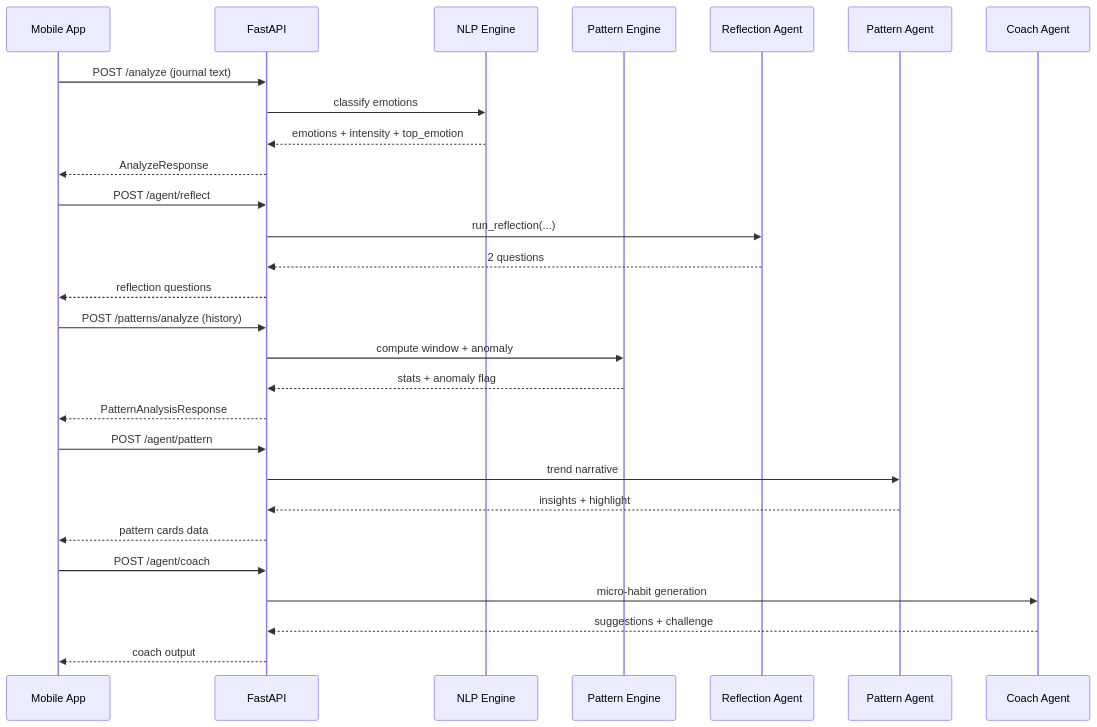
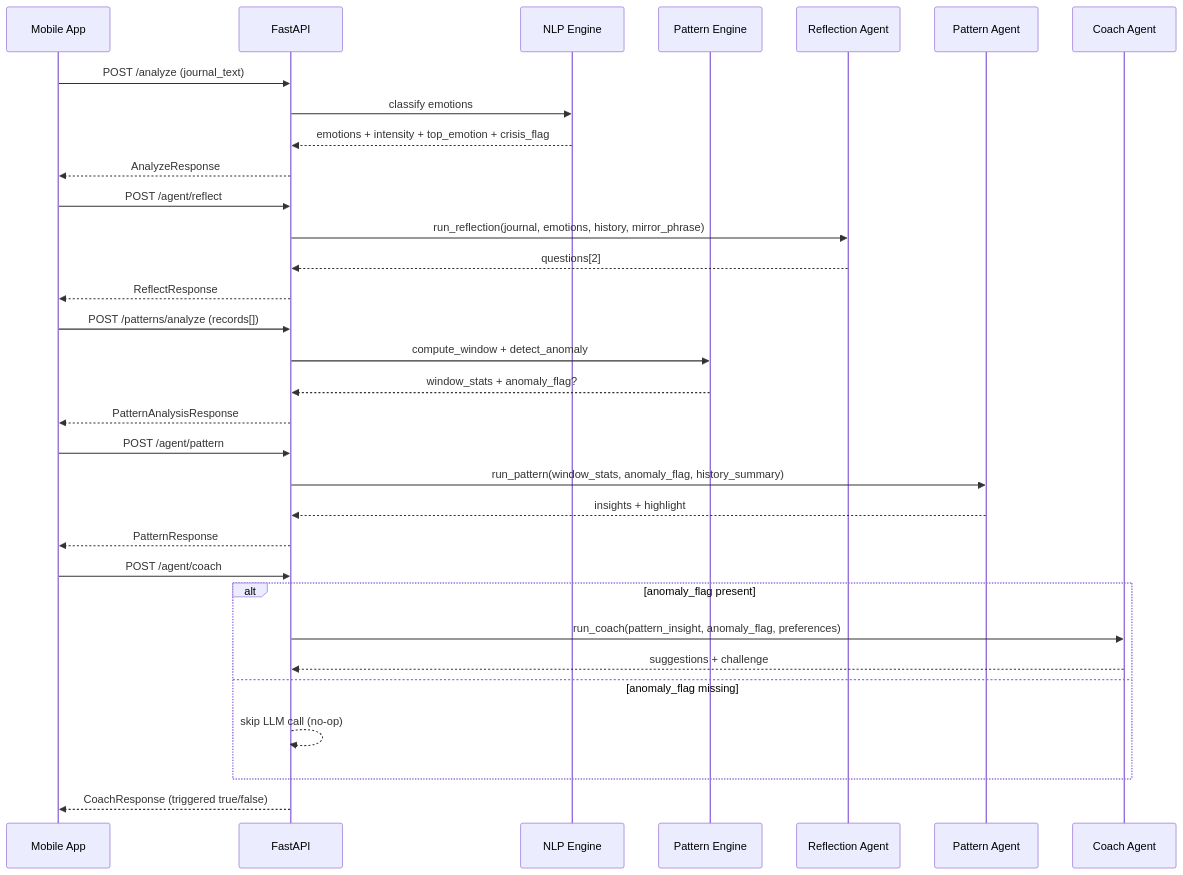
Before and after one commit to viscous-236/SilentSpiral: the second of 3 diagrams in Readme.md, drawn with Mermaid. The commit also changed other lines of this file and 19 other files, not shown here.

````diff
--- a/Readme.md
+++ b/Readme.md
@@ -72,35 +99,39 @@
 ```mermaid
 sequenceDiagram
   participant App as Mobile App
   participant API as FastAPI
   participant NLP as NLP Engine
-  participant PA as Pattern Engine
+  participant PE as Pattern Engine
   participant RA as Reflection Agent
-  participant PGA as Pattern Agent
+  participant PA as Pattern Agent
   participant CA as Coach Agent
 
-  App->>API: POST /analyze (journal text)
+  App->>API: POST /analyze (journal_text)
   API->>NLP: classify emotions
-  NLP-->>API: emotions + intensity + top_emotion
+  NLP-->>API: emotions + intensity + top_emotion + crisis_flag
   API-->>App: AnalyzeResponse
 
   App->>API: POST /agent/reflect
-  API->>RA: run_reflection(...)
-  RA-->>API: 2 questions
-  API-->>App: reflection questions
+  API->>RA: run_reflection(journal, emotions, history, mirror_phrase)
+  RA-->>API: questions[2]
+  API-->>App: ReflectResponse
 
-  App->>API: POST /patterns/analyze (history)
-  API->>PA: compute window + anomaly
-  PA-->>API: stats + anomaly flag
+  App->>API: POST /patterns/analyze (records[])
+  API->>PE: compute_window + detect_anomaly
+  PE-->>API: window_stats + anomaly_flag?
   API-->>App: PatternAnalysisResponse
 
   App->>API: POST /agent/pattern
-  API->>PGA: trend narrative
-  PGA-->>API: insights + highlight
-  API-->>App: pattern cards data
+  API->>PA: run_pattern(window_stats, anomaly_flag, history_summary)
+  PA-->>API: insights + highlight
+  API-->>App: PatternResponse
 
   App->>API: POST /agent/coach
-  API->>CA: micro-habit generation
-  CA-->>API: suggestions + challenge
-  API-->>App: coach output
+  alt anomaly_flag present
+    API->>CA: run_coach(pattern_insight, anomaly_flag, preferences)
+    CA-->>API: suggestions + challenge
+  else anomaly_flag missing
+    API-->>API: skip LLM call (no-op)
+  end
+  API-->>App: CoachResponse (triggered true/false)
 ```
````
